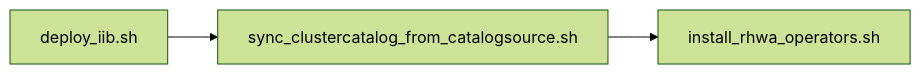
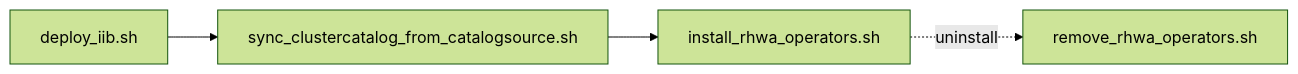
Before and after one commit to medik8s/tools: the diagram in docs/rhwa_cluster_setup_workflow.md, drawn with Mermaid (forest theme). The commit also changed other lines of this file and 4 other files, not shown here.

Commit message:
RHWA-1015: Created a script that can be used to remove RHWA operators on Clusterbot and BM Clusters

````diff
--- a/docs/rhwa_cluster_setup_workflow.md
+++ b/docs/rhwa_cluster_setup_workflow.md
@@ -7,5 +7,6 @@
 ```mermaid
 flowchart LR
   A[deploy_iib.sh] --> B[sync_clustercatalog_from_catalogsource.sh]
   B --> C[install_rhwa_operators.sh]
+  C -.->|uninstall| D[remove_rhwa_operators.sh]
 ```
````
